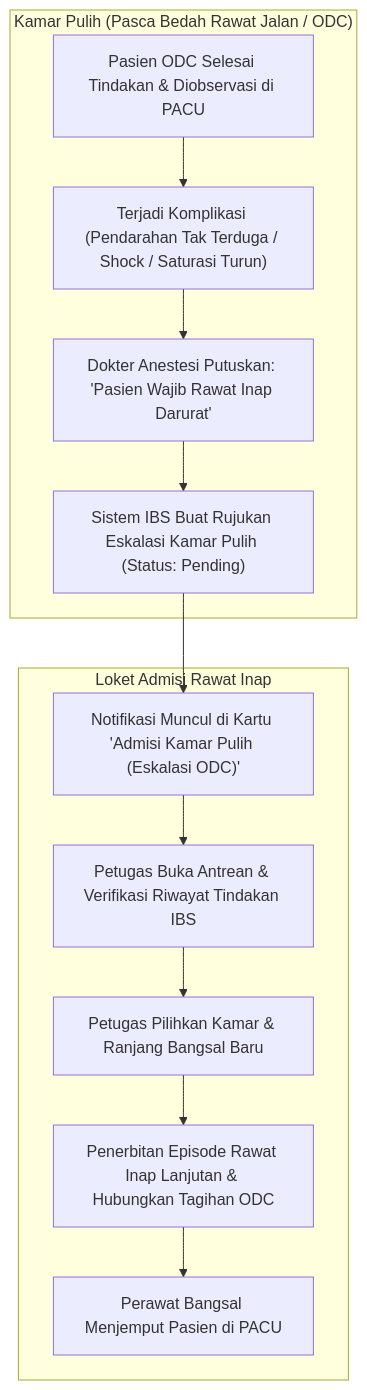
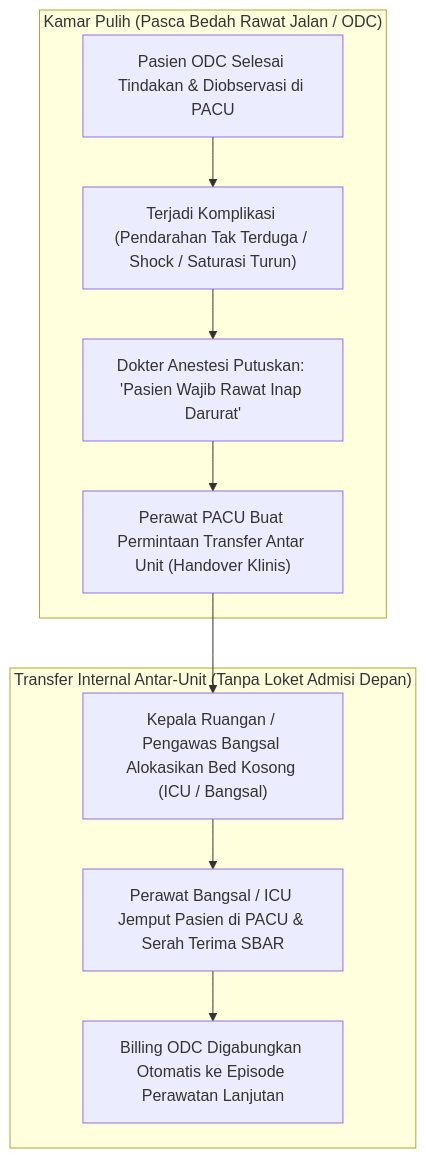
Before and after one commit to DevBenari/NewQuilvianSystemBackend: the third of 3 diagrams in docs/module-blueprints/operations/05-desain-amandemen-operasi-dan-admisi.md, drawn with Mermaid. The commit also changed other lines of this file and 43 other files, not shown here.

````diff
--- a/docs/module-blueprints/operations/05-desain-amandemen-operasi-dan-admisi.md
+++ b/docs/module-blueprints/operations/05-desain-amandemen-operasi-dan-admisi.md
@@ -103,16 +103,16 @@
 ```mermaid
 flowchart TD
     subgraph ODC_PACU["Kamar Pulih (Pasca Bedah Rawat Jalan / ODC)"]
         A["Pasien ODC Selesai Tindakan & Diobservasi di PACU"] --> B["Terjadi Komplikasi (Pendarahan Tak Terduga / Shock / Saturasi Turun)"]
         B --> C["Dokter Anestesi Putuskan: 'Pasien Wajib Rawat Inap Darurat'"]
-        C --> D["Sistem IBS Buat Rujukan Eskalasi Kamar Pulih (Status: Pending)"]
+        C --> D["Perawat PACU Buat Permintaan Transfer Antar Unit (Handover Klinis)"]
     end
 
-    subgraph ADMISI_ESKALASI["Loket Admisi Rawat Inap"]
-        D --> E["Notifikasi Muncul di Kartu 'Admisi Kamar Pulih (Eskalasi ODC)'"]
-        E --> F["Petugas Buka Antrean & Verifikasi Riwayat Tindakan IBS"]
-        F --> G["Petugas Pilihkan Kamar & Ranjang Bangsal Baru"]
-        G --> H["Penerbitan Episode Rawat Inap Lanjutan & Hubungkan Tagihan ODC"]
-        H --> I["Perawat Bangsal Menjemput Pasien di PACU"]
+    subgraph TRANSFER_INTERNAL["Transfer Internal Antar-Unit (Tanpa Loket Admisi Depan)"]
+        D --> E["Kepala Ruangan / Pengawas Bangsal Alokasikan Bed Kosong (ICU / Bangsal)"]
+        E --> F["Perawat Bangsal / ICU Jemput Pasien di PACU & Serah Terima SBAR"]
+        F --> G["Billing ODC Digabungkan Otomatis ke Episode Perawatan Lanjutan"]
+
+
     end
 ```
````
